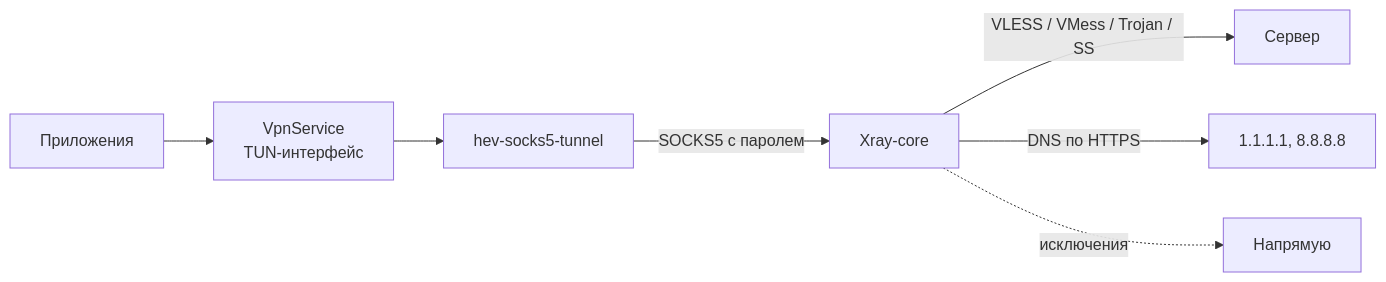
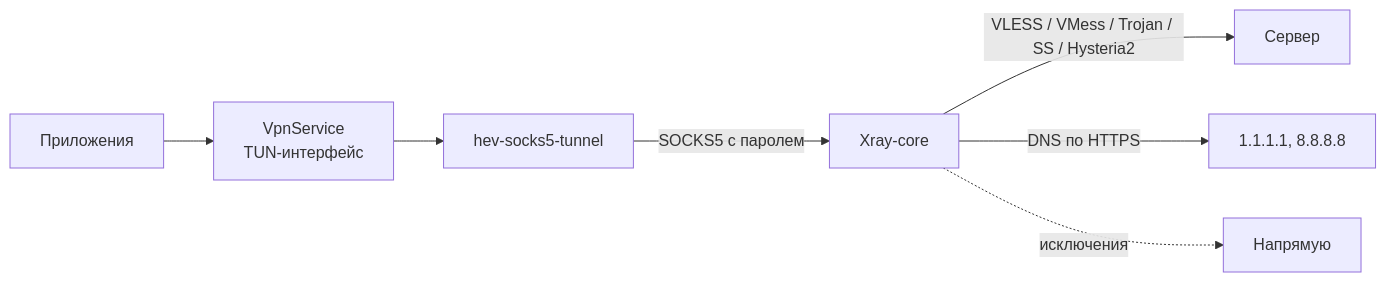
The diagram in README.md (lutzashl290788-cell/farvater), drawn with Mermaid before and after one commit. The commit also changed other lines of this file and 13 other files, not shown here.

````diff
--- a/README.md
+++ b/README.md
@@ -502,9 +504,9 @@
 ```mermaid
 flowchart LR
     apps["Приложения"] --> tun["VpnService<br/>TUN-интерфейс"]
     tun --> hev["hev-socks5-tunnel"]
     hev -- "SOCKS5 с паролем" --> xray["Xray-core"]
-    xray -- "VLESS / VMess / Trojan / SS" --> server["Сервер"]
+    xray -- "VLESS / VMess / Trojan / SS / Hysteria2" --> server["Сервер"]
     xray -- "DNS по HTTPS" --> doh["1.1.1.1, 8.8.8.8"]
     xray -. "исключения" .-> direct["Напрямую"]
 ```
````
